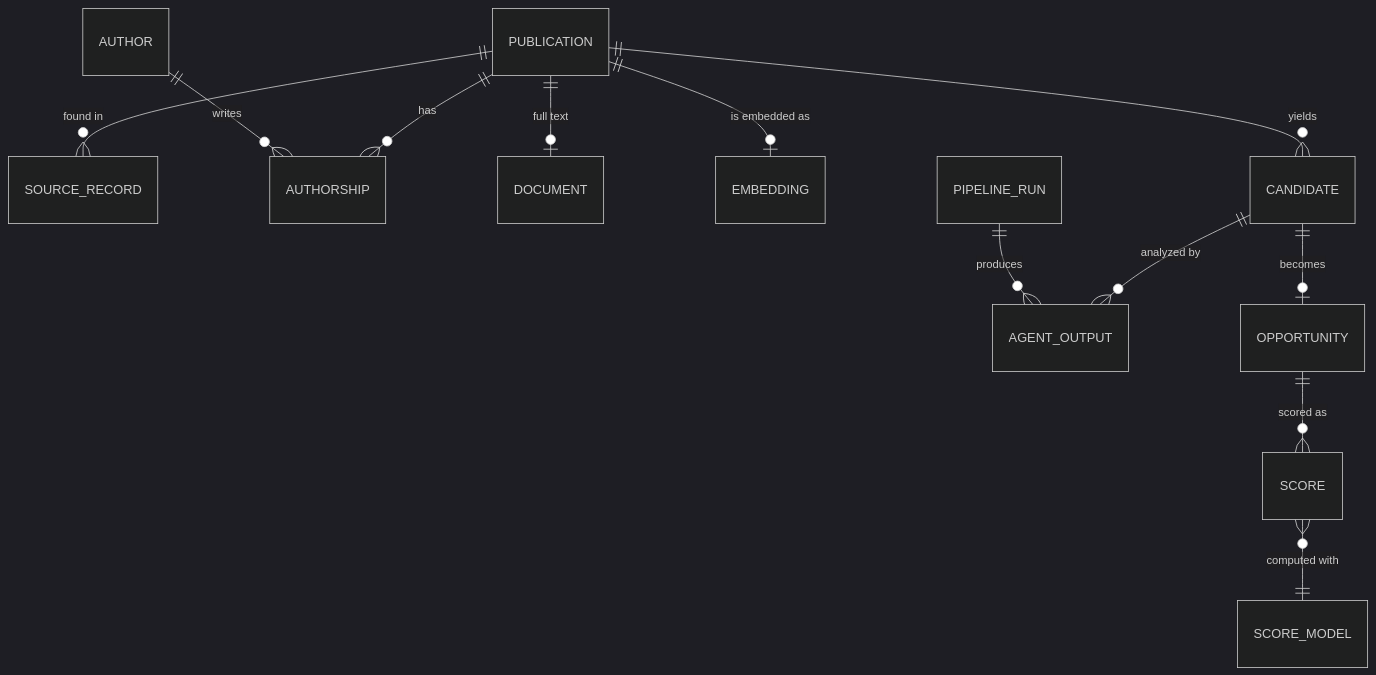
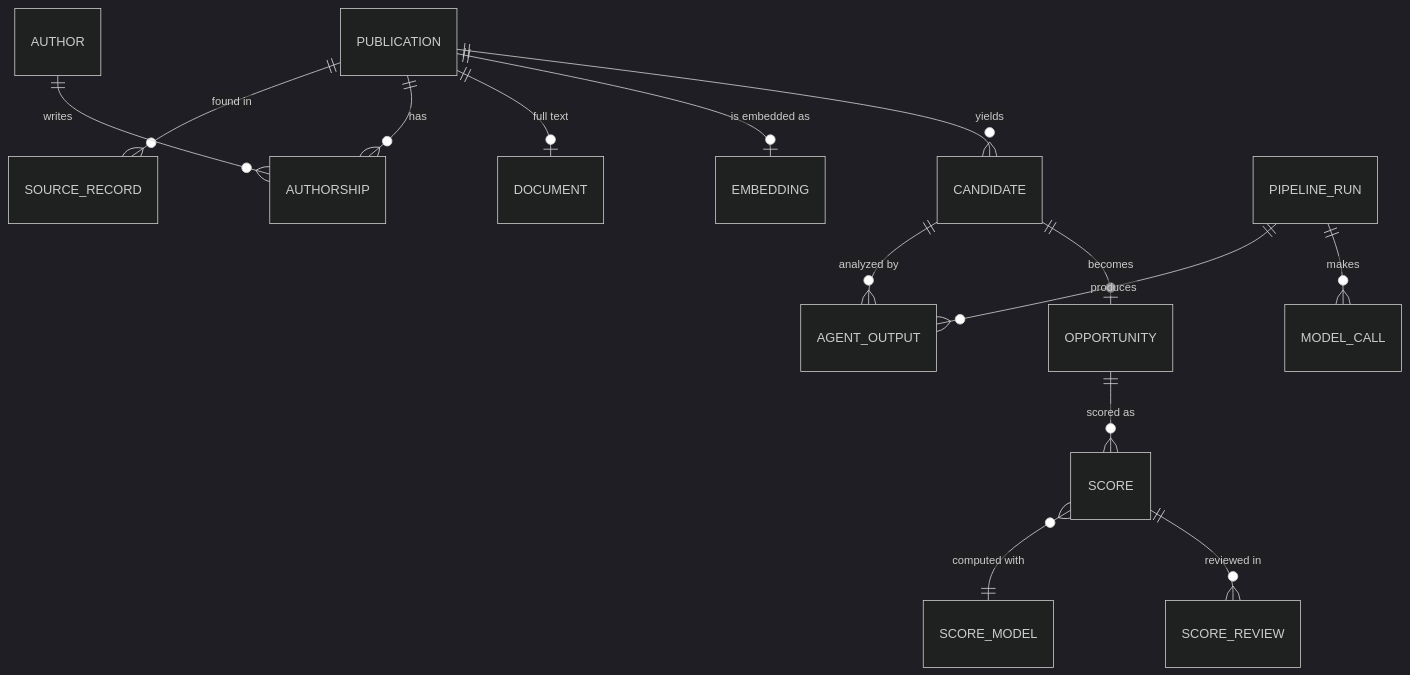
The diagram in docs/kt/architecture/data-model.md (SolarnodeCC/didactic-octo-barnacle), drawn with Mermaid (dark theme) before and after one commit. The commit also changed other lines of this file and 15 other files, not shown here.

First line of the commit message:
Add KT requirements for structured output, usage, score review, matrix, brief (#10)

````diff
--- a/docs/kt/architecture/data-model.md
+++ b/docs/kt/architecture/data-model.md
@@ -13,14 +13,16 @@
 ```mermaid
 erDiagram
   PUBLICATION ||--o{ SOURCE_RECORD : "found in"
   PUBLICATION ||--o{ AUTHORSHIP : has
   AUTHOR ||--o{ AUTHORSHIP : writes
   PUBLICATION ||--o| DOCUMENT : "full text"
   PUBLICATION ||--o| EMBEDDING : "is embedded as"
   PUBLICATION ||--o{ CANDIDATE : yields
   CANDIDATE ||--o{ AGENT_OUTPUT : "analyzed by"
   PIPELINE_RUN ||--o{ AGENT_OUTPUT : produces
   CANDIDATE ||--o| OPPORTUNITY : becomes
   OPPORTUNITY ||--o{ SCORE : "scored as"
   SCORE }o--|| SCORE_MODEL : "computed with"
+  SCORE ||--o{ SCORE_REVIEW : "reviewed in"
+  PIPELINE_RUN ||--o{ MODEL_CALL : makes
 ```
````
